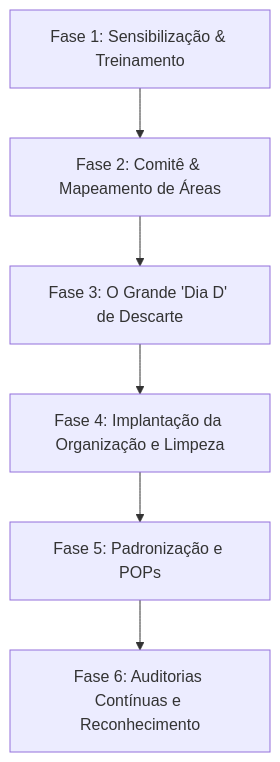
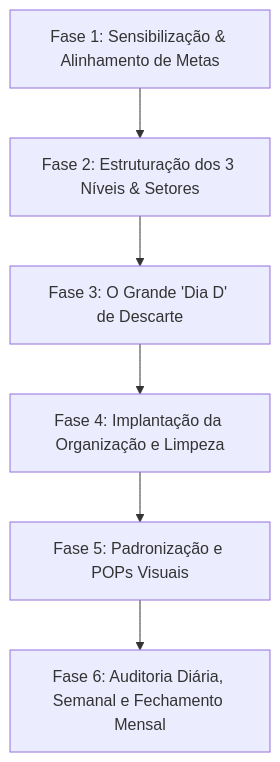
One commit to asouza3044-hash/sistema-5s-lean changed the second of 2 diagrams in manual_implementacao_5s_qualidade.md. Above: the diagram before and after it, drawn with Mermaid. The commit also changed other lines of this file, not shown here.

Commit message:
Feat: Manual Corporativo de Implantação 5S v2.0 100% adequado à nova auditoria em 3 Níveis, escala Bom/Regular/Ruim e setores da Impaktto

````diff
--- a/manual_implementacao_5s_qualidade.md
+++ b/manual_implementacao_5s_qualidade.md
@@ -61,8 +68,8 @@
 ```mermaid
 flowchart TD
-    A[Fase 1: Sensibilização & Treinamento] --> B[Fase 2: Comitê & Mapeamento de Áreas]
+    A[Fase 1: Sensibilização & Alinhamento de Metas] --> B[Fase 2: Estruturação dos 3 Níveis & Setores]
     B --> C[Fase 3: O Grande 'Dia D' de Descarte]
     C --> D[Fase 4: Implantação da Organização e Limpeza]
-    D --> E[Fase 5: Padronização e POPs]
-    E --> F[Fase 6: Auditorias Contínuas e Reconhecimento]
+    D --> E[Fase 5: Padronização e POPs Visuais]
+    E --> F[Fase 6: Auditoria Diária, Semanal e Fechamento Mensal]
 ```
````
